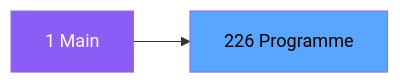
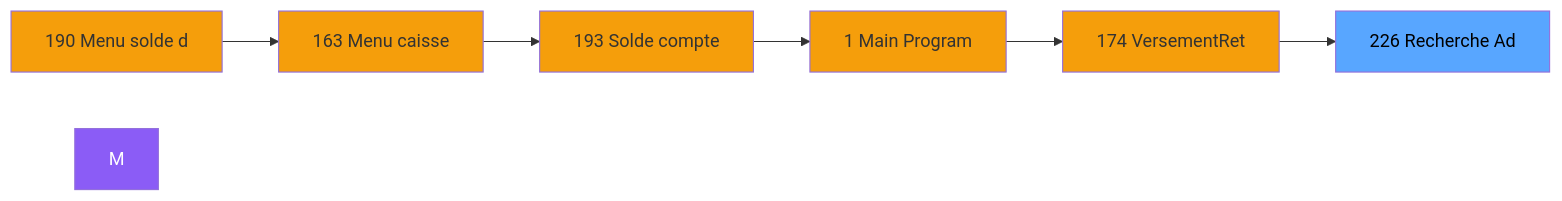
The second of 3 diagrams in .openspec/specs/ADH-IDE-226.md (thonyAGP/magic-migration), drawn with Mermaid before and after one commit. The commit also changed other lines of this file and 323 other files, not shown here.

````diff
--- a/.openspec/specs/ADH-IDE-226.md
+++ b/.openspec/specs/ADH-IDE-226.md
@@ -103,8 +125,21 @@
 ```mermaid
 graph LR
-    M[1 Main]
-    T[226 Programme]
-    M --> T
+    N190[190 Menu solde d]
+    N163[163 Menu caisse ]
+    N193[193 Solde compte]
+    N1[1 Main Program]
+    N174[174 VersementRet]
+    T[226 Recherche Ad]
+    N190 --> N163
+    N163 --> N193
+    N193 --> N1
+    N1 --> N174
+    N174 --> T
     style M fill:#8b5cf6,color:#fff
+    style N190 fill:#f59e0b
+    style N163 fill:#f59e0b
+    style N193 fill:#f59e0b
+    style N1 fill:#f59e0b
+    style N174 fill:#f59e0b
     style T fill:#58a6ff,color:#000
 ```
````
